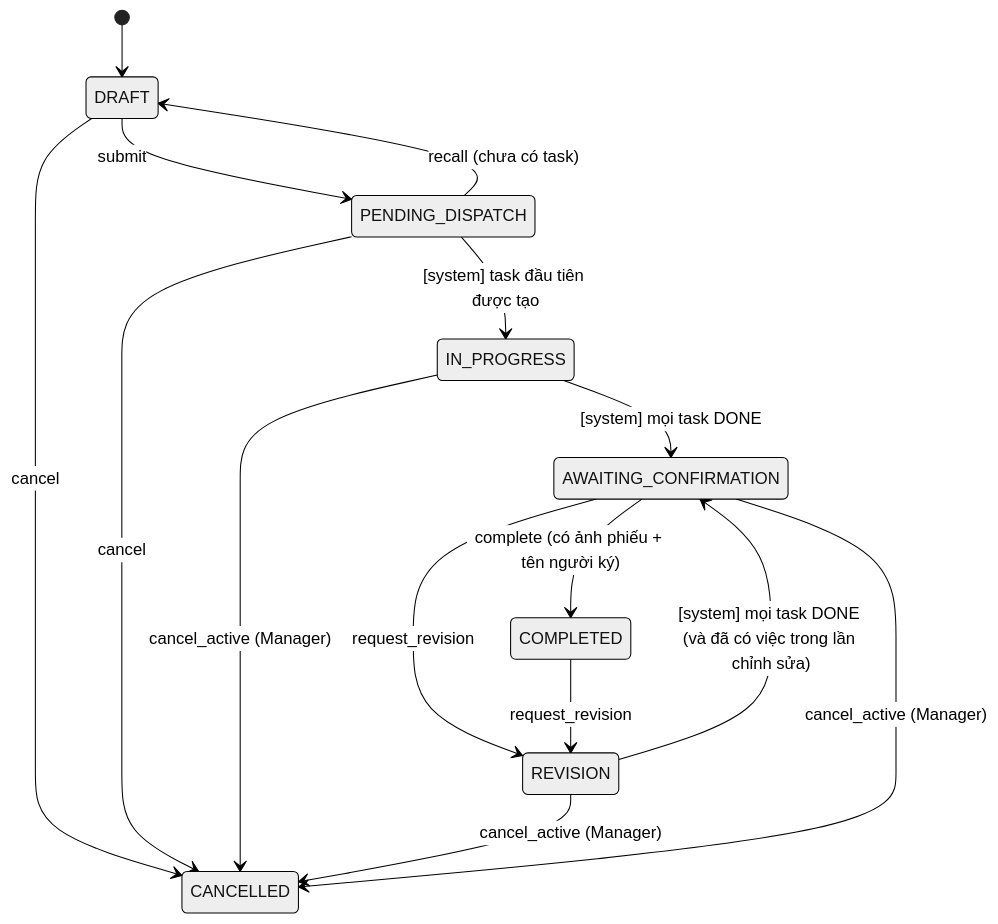
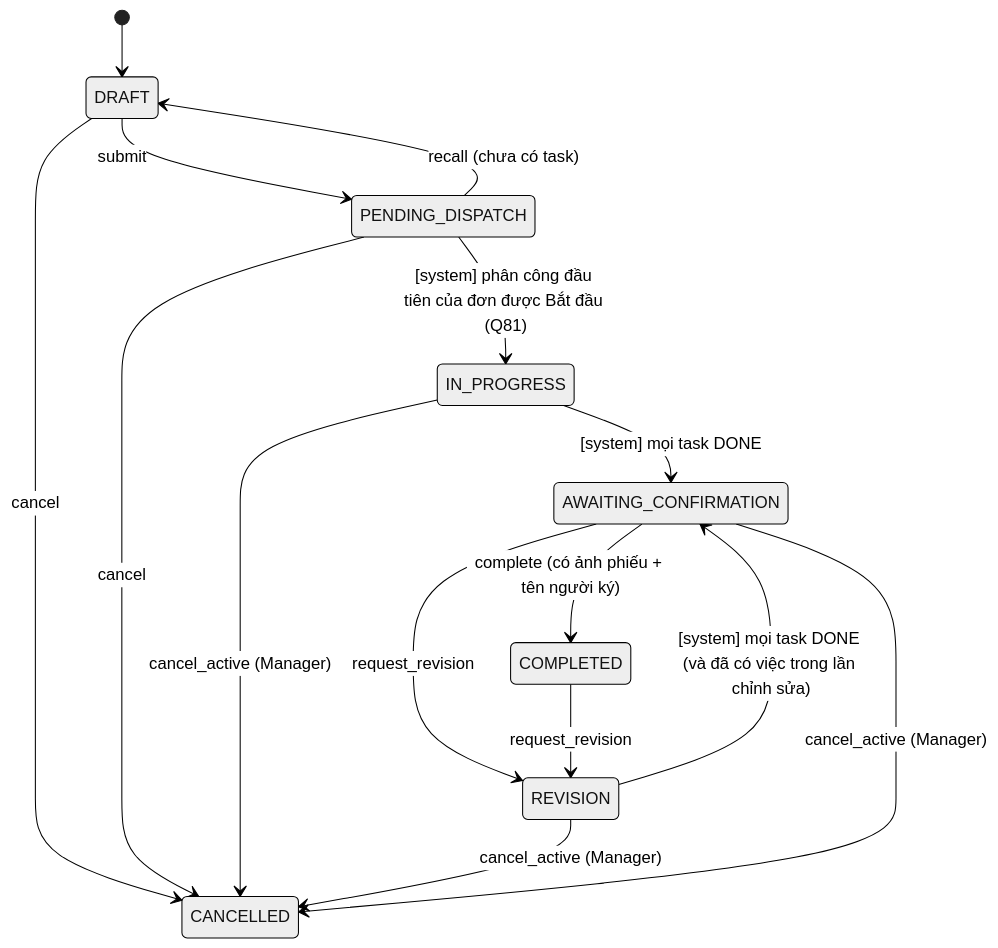
The second of 3 diagrams in docs/product/WORKFLOWS.md (tamnguyentran/smyou-pro), drawn with Mermaid (neutral theme) before and after one commit. The commit also changed other lines of this file and 33 other files, not shown here.

````diff
--- a/docs/product/WORKFLOWS.md
+++ b/docs/product/WORKFLOWS.md
@@ -28,17 +28,17 @@
 ```mermaid
 stateDiagram-v2
   [*] --> DRAFT
   DRAFT --> PENDING_DISPATCH: submit
   PENDING_DISPATCH --> DRAFT: recall (chưa có task)
-  PENDING_DISPATCH --> IN_PROGRESS: [system] task đầu tiên được tạo
+  PENDING_DISPATCH --> IN_PROGRESS: [system] phân công đầu tiên của đơn được Bắt đầu (Q81)
   IN_PROGRESS --> AWAITING_CONFIRMATION: [system] mọi task DONE
   AWAITING_CONFIRMATION --> COMPLETED: complete (có ảnh phiếu + tên người ký)
   AWAITING_CONFIRMATION --> REVISION: request_revision
   COMPLETED --> REVISION: request_revision
   REVISION --> AWAITING_CONFIRMATION: [system] mọi task DONE (và đã có việc trong lần chỉnh sửa)
   DRAFT --> CANCELLED: cancel
   PENDING_DISPATCH --> CANCELLED: cancel
   IN_PROGRESS --> CANCELLED: cancel_active (Manager)
   REVISION --> CANCELLED: cancel_active (Manager)
   AWAITING_CONFIRMATION --> CANCELLED: cancel_active (Manager)
 ```
````
